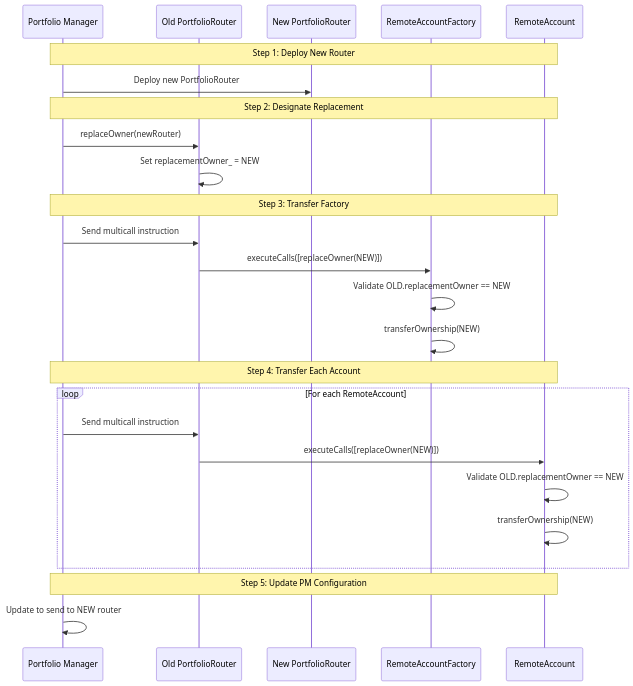
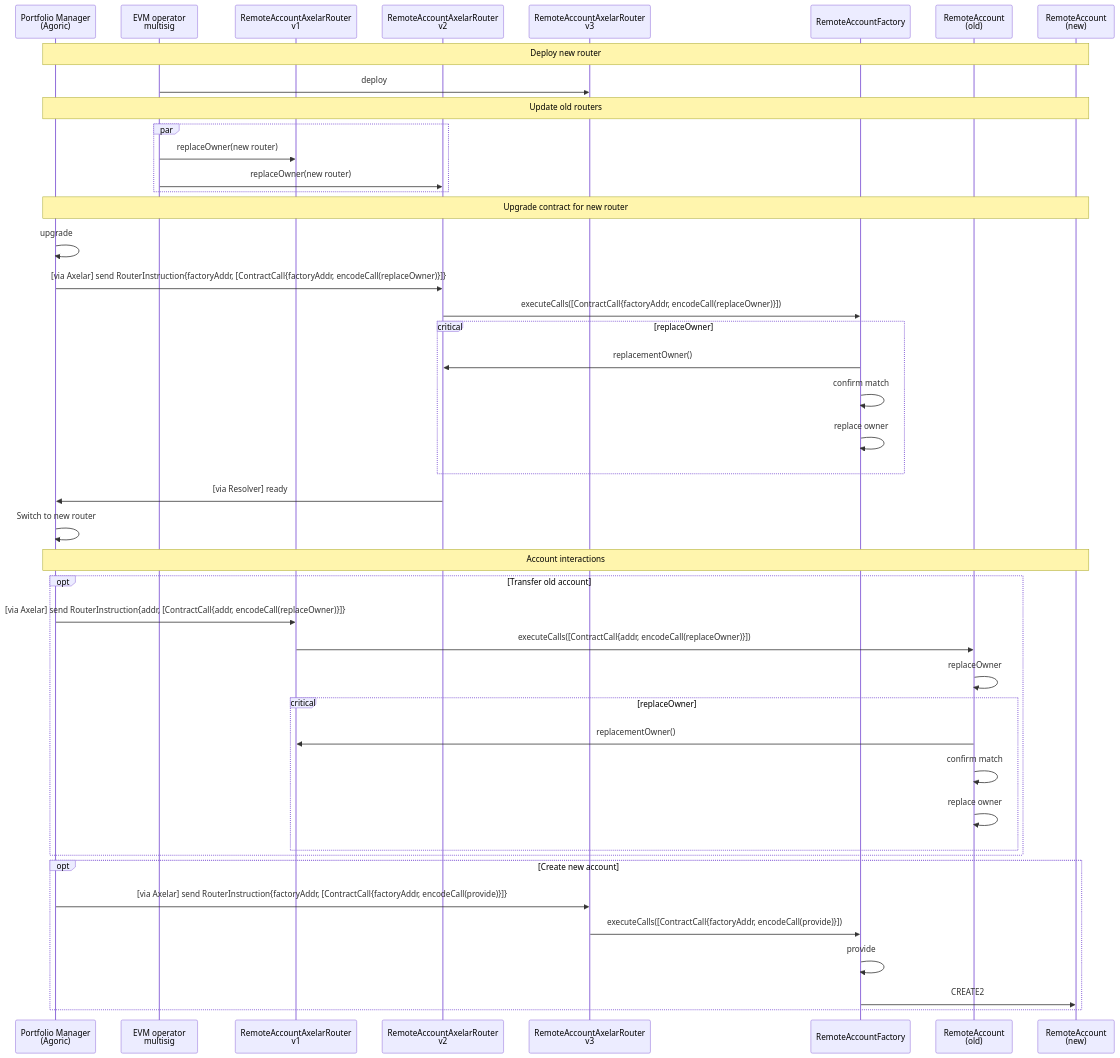
One commit to agoric-labs/agoric-to-axelar-local changed the eighth of 8 diagrams in packages/axelar-local-dev-cosmos/src/contracts/design.md. Above: the diagram before and after it, drawn with Mermaid. The commit also changed other lines of this file, not shown here.

````diff
--- a/packages/axelar-local-dev-cosmos/src/contracts/design.md
+++ b/packages/axelar-local-dev-cosmos/src/contracts/design.md
@@ -334,32 +421,50 @@
 ```mermaid
 sequenceDiagram
-    participant PM as Portfolio Manager
-    participant OLD as Old PortfolioRouter
-    participant NEW as New PortfolioRouter
+    participant PM as Portfolio Manager<br>(Agoric)
+    participant EVM_OPERATOR as EVM operator<br>multisig
+    participant ROUTER1 as RemoteAccountAxelarRouter<br>v1
+    participant ROUTER2 as RemoteAccountAxelarRouter<br>v2
+    participant ROUTERn as RemoteAccountAxelarRouter<br>v3
     participant RAF as RemoteAccountFactory
-    participant RA as RemoteAccount
-    
-    Note over PM,RA: Step 1: Deploy New Router
-    PM->>NEW: Deploy new PortfolioRouter
-    
-    Note over PM,RA: Step 2: Designate Replacement
-    PM->>OLD: replaceOwner(newRouter)
-    OLD->>OLD: Set replacementOwner_ = NEW
-    
-    Note over PM,RA: Step 3: Transfer Factory
-    PM->>OLD: Send multicall instruction
-    OLD->>RAF: executeCalls([replaceOwner(NEW)])
-    RAF->>RAF: Validate OLD.replacementOwner == NEW
-    RAF->>RAF: transferOwnership(NEW)
-    
-    Note over PM,RA: Step 4: Transfer Each Account
-    loop For each RemoteAccount
-        PM->>OLD: Send multicall instruction
-        OLD->>RA: executeCalls([replaceOwner(NEW)])
-        RA->>RA: Validate OLD.replacementOwner == NEW
-        RA->>RA: transferOwnership(NEW)
+    participant RA1 as RemoteAccount<br>(old)
+    participant RAn as RemoteAccount<br>(new)
+
+    Note over PM,RAn: Deploy new router
+    EVM_OPERATOR->>ROUTERn: deploy
+
+    Note over PM,RAn: Update old routers
+    par
+        EVM_OPERATOR->>ROUTER1: replaceOwner(new router)
+        EVM_OPERATOR->>ROUTER2: replaceOwner(new router)
     end
-    
-    Note over PM,RA: Step 5: Update PM Configuration
-    PM->>PM: Update to send to NEW router
+
+    Note over PM,RAn: Upgrade contract for new router
+    PM->>PM: upgrade
+    PM->>ROUTER2: [via Axelar] send RouterInstruction{factoryAddr, [ContractCall{factoryAddr, encodeCall(replaceOwner)}]}
+    ROUTER2->>RAF: executeCalls([ContractCall{factoryAddr, encodeCall(replaceOwner)}])
+    critical replaceOwner
+        RAF->>ROUTER2: replacementOwner()
+        RAF->>RAF: confirm match
+        RAF->>RAF: replace owner
+    end
+    ROUTER2->>PM: [via Resolver] ready
+    PM->>PM: Switch to new router
+
+    Note over PM,RAn: Account interactions
+    opt Transfer old account
+        PM->>ROUTER1: [via Axelar] send RouterInstruction{addr, [ContractCall{addr, encodeCall(replaceOwner)}]}
+        ROUTER1->>RA1: executeCalls([ContractCall{addr, encodeCall(replaceOwner)}])
+        RA1->>RA1: replaceOwner
+        critical replaceOwner
+            RA1->>ROUTER1: replacementOwner()
+            RA1->>RA1: confirm match
+            RA1->>RA1: replace owner
+        end
+    end
+    opt Create new account
+        PM->>ROUTERn: [via Axelar] send RouterInstruction{factoryAddr, [ContractCall{factoryAddr, encodeCall(provide)}]}
+        ROUTERn->>RAF: executeCalls([ContractCall{factoryAddr, encodeCall(provide)}])
+        RAF->>RAF: provide
+        RAF->>RAn: CREATE2
+    end
 ```
````
